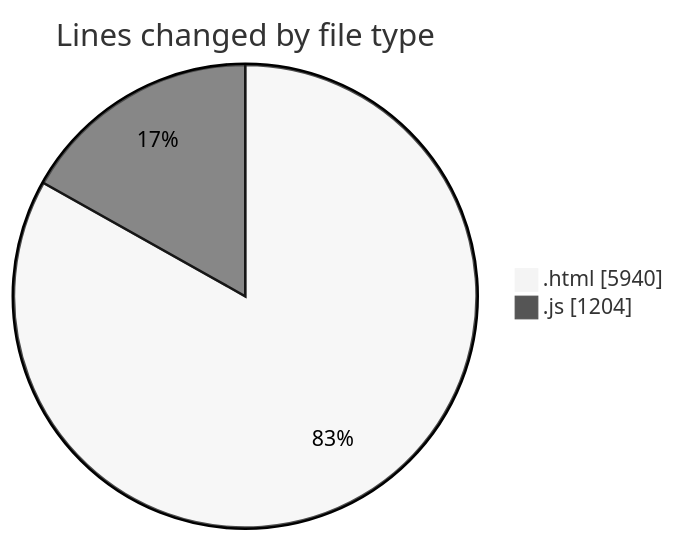
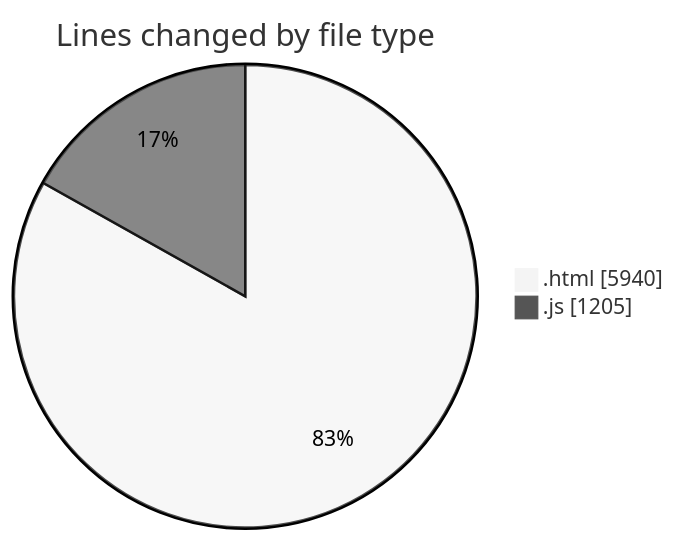
One commit to nxtqubesakshisongat/code-tracking changed the first of 2 diagrams in 2025-08-10/nxtqube_webapp/README.md. Above: the diagram before and after it, drawn with Mermaid (neutral theme). The commit also changed other lines of this file and 1 other file, not shown here.

````diff
--- a/2025-08-10/nxtqube_webapp/README.md
+++ b/2025-08-10/nxtqube_webapp/README.md
@@ -23,6 +23,6 @@
 ```mermaid
 pie showData
 title Lines changed by file type
 ".html" : 5940
-".js" : 1204
+".js" : 1205
 ```
````
